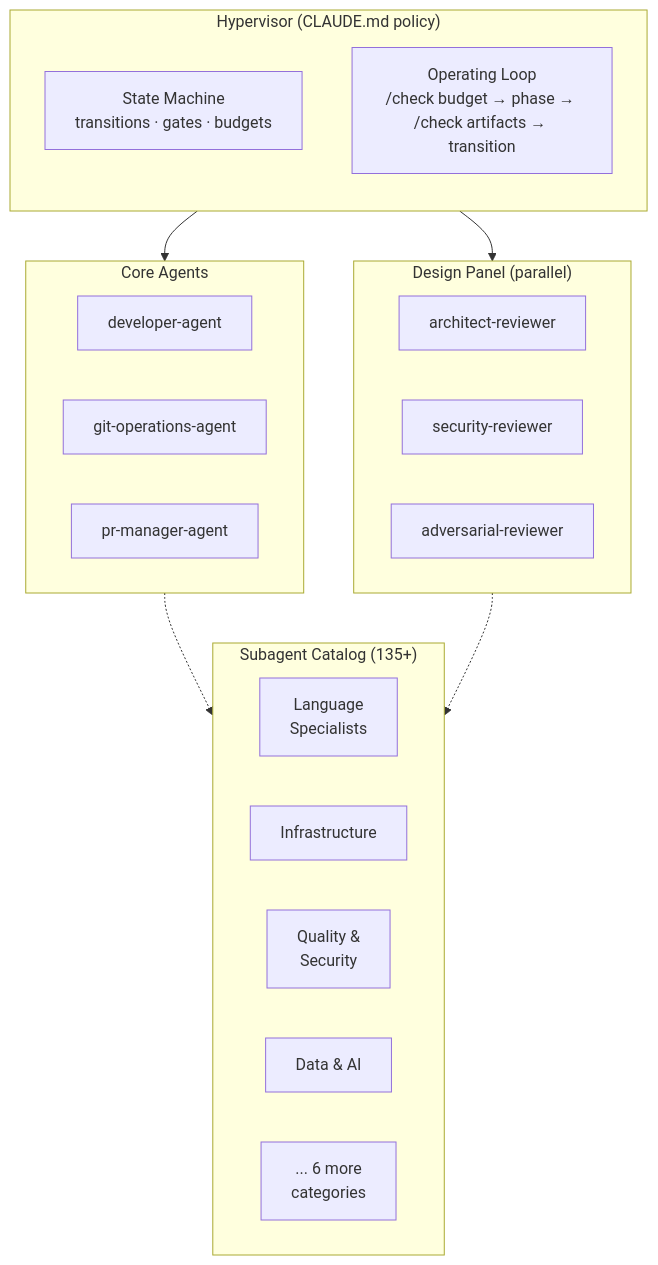
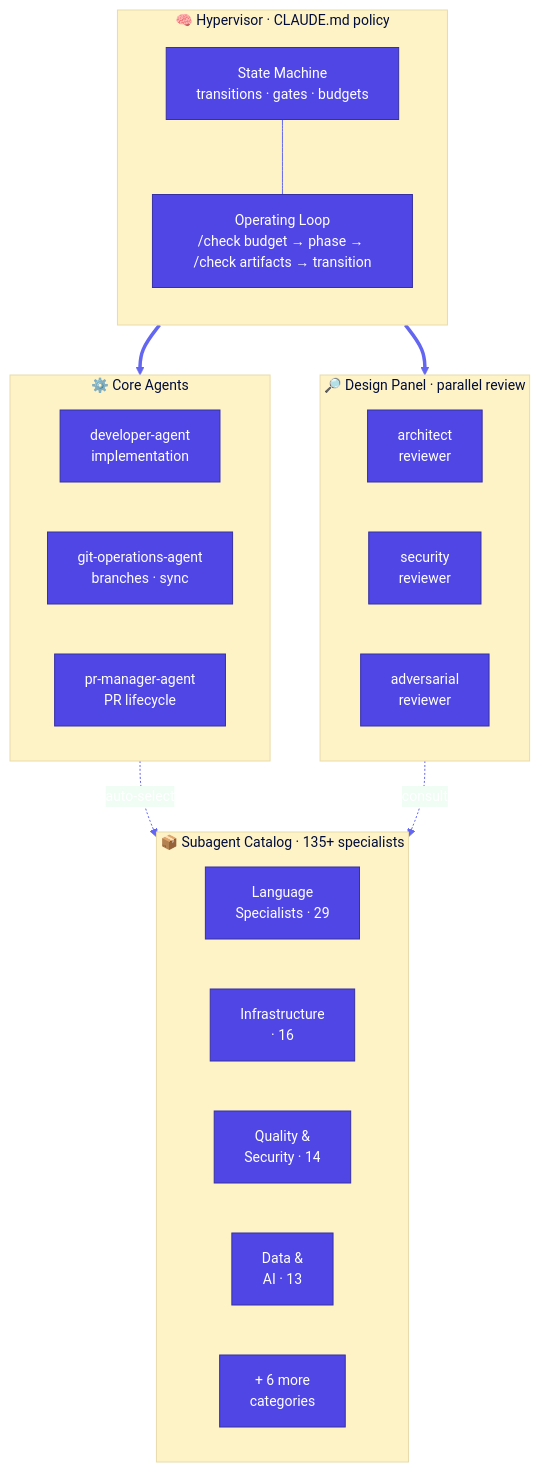
Before and after one commit to surajSFDC/agentic-swe: the fourth of 4 diagrams in README.md, drawn with Mermaid. The commit also changed other lines of this file, not shown here.

First line of the commit message:
Polish mermaid diagrams with themed palette and clean indentation

````diff
--- a/README.md
+++ b/README.md
@@ -228,34 +264,39 @@
 ```mermaid
+%%{init: {'theme': 'base', 'themeVariables': { 'primaryColor': '#4f46e5', 'primaryTextColor': '#ffffff', 'primaryBorderColor': '#3730a3', 'secondaryColor': '#f0fdf4', 'tertiaryColor': '#fef3c7', 'lineColor': '#6366f1', 'textColor': '#1e293b', 'fontSize': '14px' }}}%%
+
 flowchart TB
-    subgraph hypervisor ["Hypervisor (CLAUDE.md policy)"]
+    subgraph hypervisor ["🧠 Hypervisor · CLAUDE.md policy"]
         direction TB
         stateMachine["State Machine<br/>transitions · gates · budgets"]
         opLoop["Operating Loop<br/>/check budget → phase → /check artifacts → transition"]
+        stateMachine --- opLoop
     end
 
-    subgraph coreAgents ["Core Agents"]
-        dev["developer-agent"]
-        gitOps["git-operations-agent"]
-        prMgr["pr-manager-agent"]
+    subgraph coreAgents ["⚙️ Core Agents"]
+        direction LR
+        dev["developer-agent<br/>implementation"]
+        gitOps["git-operations-agent<br/>branches · sync"]
+        prMgr["pr-manager-agent<br/>PR lifecycle"]
     end
 
-    subgraph designPanel ["Design Panel (parallel)"]
-        arch["architect-reviewer"]
-        sec["security-reviewer"]
-        adv["adversarial-reviewer"]
+    subgraph designPanel ["🔎 Design Panel · parallel review"]
+        direction LR
+        arch["architect<br/>reviewer"]
+        sec["security<br/>reviewer"]
+        adv["adversarial<br/>reviewer"]
     end
 
-    subgraph catalog ["Subagent Catalog (135+)"]
+    subgraph catalog ["📦 Subagent Catalog · 135+ specialists"]
         direction LR
-        langSpec["Language<br/>Specialists"]
-        infraSpec["Infrastructure"]
-        qaSpec["Quality &<br/>Security"]
-        dataSpec["Data & AI"]
-        moreSpec["... 6 more<br/>categories"]
+        langSpec["Language<br/>Specialists · 29"]
+        infraSpec["Infrastructure<br/>· 16"]
+        qaSpec["Quality &<br/>Security · 14"]
+        dataSpec["Data &<br/>AI · 13"]
+        moreSpec["+ 6 more<br/>categories"]
     end
 
-    hypervisor --> coreAgents
-    hypervisor --> designPanel
-    coreAgents -.-> catalog
-    designPanel -.-> catalog
+    hypervisor ==> coreAgents
+    hypervisor ==> designPanel
+    coreAgents -.->|"auto-select"| catalog
+    designPanel -.->|"consult"| catalog
 ```
````
